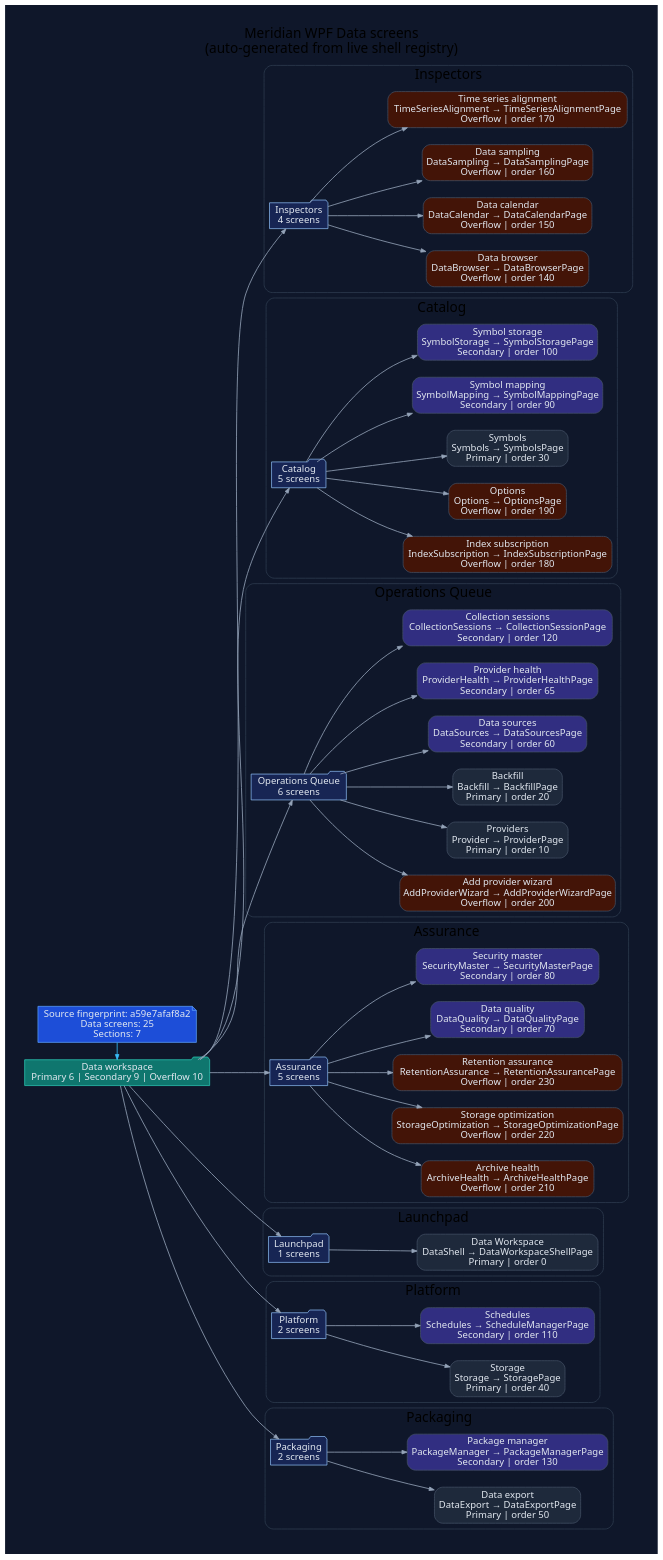
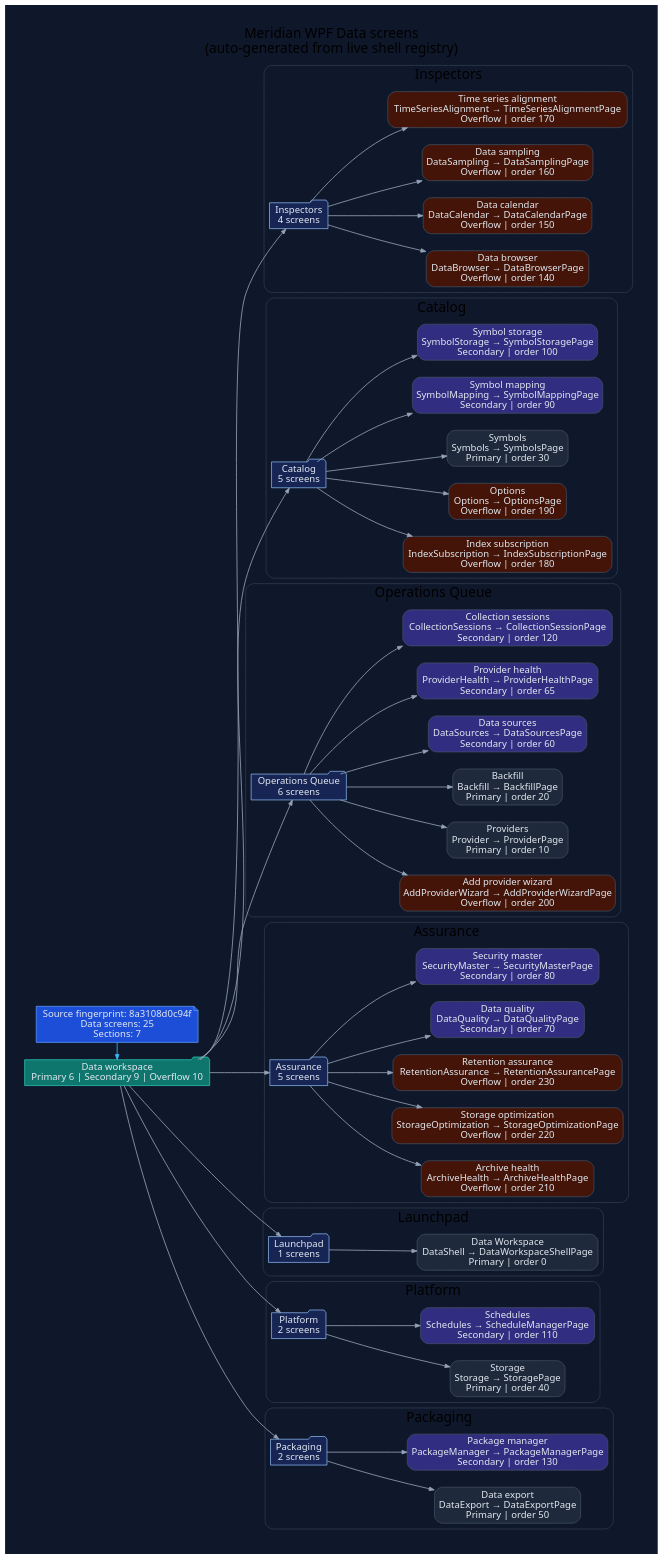
Before and after one commit to rodoHasArrived/Meridian-main: the diagram in docs/diagrams/ui-wpf-screens-data.dot, drawn with Graphviz. The commit also changed 32 other files, not shown here.

```diff
--- a/docs/diagrams/ui-wpf-screens-data.dot
+++ b/docs/diagrams/ui-wpf-screens-data.dot
@@ -1,132 +1,132 @@
 // -----------------------------------------------------------------------------
 // <auto-generated>
 // Generated by scripts/generate-diagrams.mjs.
 // Do not edit this file directly; update the WPF source files instead.
 // -----------------------------------------------------------------------------
 digraph WpfDataScreens {
   graph [
     rankdir=LR,
     labelloc=t,
     label="Meridian WPF Data screens\n(auto-generated from live shell registry)",
     fontname="Segoe UI",
     fontsize=20,
     pad=0.4,
     nodesep=0.35,
     ranksep=0.85,
     bgcolor="#0f172a"
   ];
   node [fontname="Segoe UI", shape=box, style="rounded,filled", color="#475569", fontcolor="#e2e8f0", fillcolor="#1e293b"];
   edge [fontname="Segoe UI", color="#94a3b8", penwidth=1.2, arrowsize=0.75];
 
-  generated [shape=note, fillcolor="#1d4ed8", color="#60a5fa", label="Source fingerprint: a59e7afaf8a2\nData screens: 25\nSections: 7"];
+  generated [shape=note, fillcolor="#1d4ed8", color="#60a5fa", label="Source fingerprint: 8a3108d0c94f\nData screens: 25\nSections: 7"];
   workspace [shape=folder, fillcolor="#0f766e", color="#2dd4bf", label="Data workspace\nPrimary 6 | Secondary 9 | Overflow 10"];
   generated -> workspace [color="#38bdf8"];
 
   subgraph cluster_section_1 {
     label="Inspectors";
     color="#334155";
     style="rounded";
     section_1 [shape=folder, fillcolor="#172554", color="#93c5fd", label="Inspectors\n4 screens"];
     workspace -> section_1;
     screen_DataBrowser [fillcolor="#431407", label="Data browser\nDataBrowser → DataBrowserPage\nOverflow | order 140"];
     section_1 -> screen_DataBrowser;
     screen_DataCalendar [fillcolor="#431407", label="Data calendar\nDataCalendar → DataCalendarPage\nOverflow | order 150"];
     section_1 -> screen_DataCalendar;
     screen_DataSampling [fillcolor="#431407", label="Data sampling\nDataSampling → DataSamplingPage\nOverflow | order 160"];
     section_1 -> screen_DataSampling;
     screen_TimeSeriesAlignment [fillcolor="#431407", label="Time series alignment\nTimeSeriesAlignment → TimeSeriesAlignmentPage\nOverflow | order 170"];
     section_1 -> screen_TimeSeriesAlignment;
   }
 
   subgraph cluster_section_2 {
     label="Catalog";
     color="#334155";
     style="rounded";
     section_2 [shape=folder, fillcolor="#172554", color="#93c5fd", label="Catalog\n5 screens"];
     workspace -> section_2;
     screen_IndexSubscription [fillcolor="#431407", label="Index subscription\nIndexSubscription → IndexSubscriptionPage\nOverflow | order 180"];
     section_2 -> screen_IndexSubscription;
     screen_Options [fillcolor="#431407", label="Options\nOptions → OptionsPage\nOverflow | order 190"];
     section_2 -> screen_Options;
     screen_Symbols [fillcolor="#1e293b", label="Symbols\nSymbols → SymbolsPage\nPrimary | order 30"];
     section_2 -> screen_Symbols;
     screen_SymbolMapping [fillcolor="#312e81", label="Symbol mapping\nSymbolMapping → SymbolMappingPage\nSecondary | order 90"];
     section_2 -> screen_SymbolMapping;
     screen_SymbolStorage [fillcolor="#312e81", label="Symbol storage\nSymbolStorage → SymbolStoragePage\nSecondary | order 100"];
     section_2 -> screen_SymbolStorage;
   }
 
   subgraph cluster_section_3 {
     label="Operations Queue";
     color="#334155";
     style="rounded";
     section_3 [shape=folder, fillcolor="#172554", color="#93c5fd", label="Operations Queue\n6 screens"];
     workspace -> section_3;
     screen_AddProviderWizard [fillcolor="#431407", label="Add provider wizard\nAddProviderWizard → AddProviderWizardPage\nOverflow | order 200"];
     section_3 -> screen_AddProviderWizard;
     screen_Provider [fillcolor="#1e293b", label="Providers\nProvider → ProviderPage\nPrimary | order 10"];
     section_3 -> screen_Provider;
     screen_Backfill [fillcolor="#1e293b", label="Backfill\nBackfill → BackfillPage\nPrimary | order 20"];
     section_3 -> screen_Backfill;
     screen_DataSources [fillcolor="#312e81", label="Data sources\nDataSources → DataSourcesPage\nSecondary | order 60"];
     section_3 -> screen_DataSources;
     screen_ProviderHealth [fillcolor="#312e81", label="Provider health\nProviderHealth → ProviderHealthPage\nSecondary | order 65"];
     section_3 -> screen_ProviderHealth;
     screen_CollectionSessions [fillcolor="#312e81", label="Collection sessions\nCollectionSessions → CollectionSessionPage\nSecondary | order 120"];
     section_3 -> screen_CollectionSessions;
   }
 
   subgraph cluster_section_4 {
     label="Assurance";
     color="#334155";
     style="rounded";
     section_4 [shape=folder, fillcolor="#172554", color="#93c5fd", label="Assurance\n5 screens"];
     workspace -> section_4;
     screen_ArchiveHealth [fillcolor="#431407", label="Archive health\nArchiveHealth → ArchiveHealthPage\nOverflow | order 210"];
     section_4 -> screen_ArchiveHealth;
     screen_StorageOptimization [fillcolor="#431407", label="Storage optimization\nStorageOptimization → StorageOptimizationPage\nOverflow | order 220"];
     section_4 -> screen_StorageOptimization;
     screen_RetentionAssurance [fillcolor="#431407", label="Retention assurance\nRetentionAssurance → RetentionAssurancePage\nOverflow | order 230"];
     section_4 -> screen_RetentionAssurance;
     screen_DataQuality [fillcolor="#312e81", label="Data quality\nDataQuality → DataQualityPage\nSecondary | order 70"];
     section_4 -> screen_DataQuality;
     screen_SecurityMaster [fillcolor="#312e81", label="Security master\nSecurityMaster → SecurityMasterPage\nSecondary | order 80"];
     section_4 -> screen_SecurityMaster;
   }
 
   subgraph cluster_section_5 {
     label="Launchpad";
     color="#334155";
     style="rounded";
     section_5 [shape=folder, fillcolor="#172554", color="#93c5fd", label="Launchpad\n1 screens"];
     workspace -> section_5;
     screen_DataShell [fillcolor="#1e293b", label="Data Workspace\nDataShell → DataWorkspaceShellPage\nPrimary | order 0"];
     section_5 -> screen_DataShell;
   }
 
   subgraph cluster_section_6 {
     label="Platform";
     color="#334155";
     style="rounded";
     section_6 [shape=folder, fillcolor="#172554", color="#93c5fd", label="Platform\n2 screens"];
     workspace -> section_6;
     screen_Storage [fillcolor="#1e293b", label="Storage\nStorage → StoragePage\nPrimary | order 40"];
     section_6 -> screen_Storage;
     screen_Schedules [fillcolor="#312e81", label="Schedules\nSchedules → ScheduleManagerPage\nSecondary | order 110"];
     section_6 -> screen_Schedules;
   }
 
   subgraph cluster_section_7 {
     label="Packaging";
     color="#334155";
     style="rounded";
     section_7 [shape=folder, fillcolor="#172554", color="#93c5fd", label="Packaging\n2 screens"];
     workspace -> section_7;
     screen_DataExport [fillcolor="#1e293b", label="Data export\nDataExport → DataExportPage\nPrimary | order 50"];
     section_7 -> screen_DataExport;
     screen_PackageManager [fillcolor="#312e81", label="Package manager\nPackageManager → PackageManagerPage\nSecondary | order 130"];
     section_7 -> screen_PackageManager;
   }
 
   { rank=min; generated; workspace; }
 }
```
